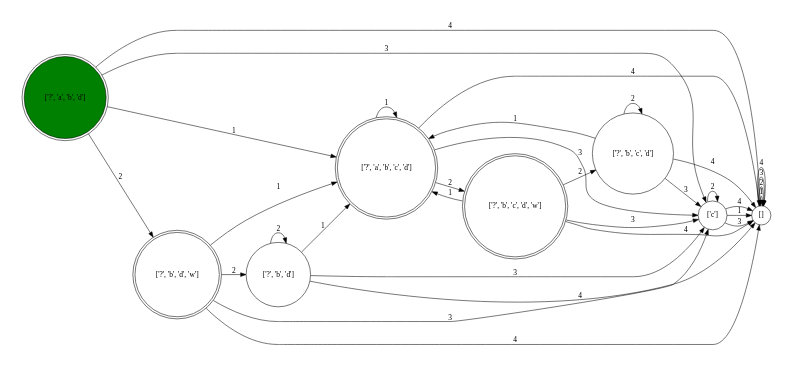
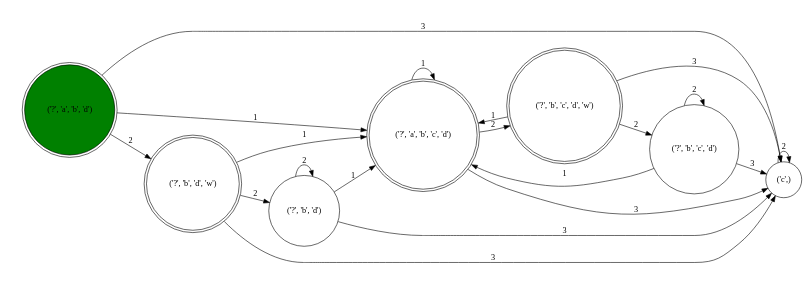
Before and after one commit to hirneagabriel/LFA-Projects: the diagram in lfa2/fsm.gv, drawn with Graphviz. The commit also changed 2 other files, not shown here.

```diff
--- a/lfa2/fsm.gv
+++ b/lfa2/fsm.gv
@@ -1,43 +1,30 @@
 digraph fnd {
 	rankdir=LR size=4
 	node [fillcolor=green shape=doublecircle style=filled]
-	"['?', 'a', 'b', 'd']"
+	"('?', 'a', 'b', 'd')"
 	node [fillcolor=white shape=doublecircle style=filled]
-	"['?', 'a', 'b', 'd']"
-	"['?', 'a', 'b', 'c', 'd']"
-	"['?', 'b', 'd', 'w']"
-	"['?', 'b', 'c', 'd', 'w']"
+	"('?', 'a', 'b', 'd')"
+	"('?', 'a', 'b', 'c', 'd')"
+	"('?', 'b', 'd', 'w')"
+	"('?', 'b', 'c', 'd', 'w')"
 	node [fillcolor=white shape=circle style=filled]
-	"['?', 'a', 'b', 'd']" -> "['?', 'a', 'b', 'c', 'd']" [label=1]
-	"['?', 'a', 'b', 'd']" -> "['?', 'b', 'd', 'w']" [label=2]
-	"['?', 'a', 'b', 'd']" -> "['c']" [label=3]
-	"['?', 'a', 'b', 'd']" -> "[]" [label=4]
-	"['?', 'a', 'b', 'c', 'd']" -> "['?', 'a', 'b', 'c', 'd']" [label=1]
-	"['?', 'a', 'b', 'c', 'd']" -> "['?', 'b', 'c', 'd', 'w']" [label=2]
-	"['?', 'a', 'b', 'c', 'd']" -> "['c']" [label=3]
-	"['?', 'a', 'b', 'c', 'd']" -> "[]" [label=4]
-	"['?', 'b', 'd', 'w']" -> "['?', 'a', 'b', 'c', 'd']" [label=1]
-	"['?', 'b', 'd', 'w']" -> "['?', 'b', 'd']" [label=2]
-	"['?', 'b', 'd', 'w']" -> "['c']" [label=3]
-	"['?', 'b', 'd', 'w']" -> "[]" [label=4]
-	"['c']" -> "[]" [label=1]
-	"['c']" -> "['c']" [label=2]
-	"['c']" -> "[]" [label=3]
-	"['c']" -> "[]" [label=4]
-	"[]" -> "[]" [label=1]
-	"[]" -> "[]" [label=2]
-	"[]" -> "[]" [label=3]
-	"[]" -> "[]" [label=4]
-	"['?', 'b', 'c', 'd', 'w']" -> "['?', 'a', 'b', 'c', 'd']" [label=1]
-	"['?', 'b', 'c', 'd', 'w']" -> "['?', 'b', 'c', 'd']" [label=2]
-	"['?', 'b', 'c', 'd', 'w']" -> "['c']" [label=3]
-	"['?', 'b', 'c', 'd', 'w']" -> "[]" [label=4]
-	"['?', 'b', 'd']" -> "['?', 'a', 'b', 'c', 'd']" [label=1]
-	"['?', 'b', 'd']" -> "['?', 'b', 'd']" [label=2]
-	"['?', 'b', 'd']" -> "['c']" [label=3]
-	"['?', 'b', 'd']" -> "[]" [label=4]
-	"['?', 'b', 'c', 'd']" -> "['?', 'a', 'b', 'c', 'd']" [label=1]
-	"['?', 'b', 'c', 'd']" -> "['?', 'b', 'c', 'd']" [label=2]
-	"['?', 'b', 'c', 'd']" -> "['c']" [label=3]
-	"['?', 'b', 'c', 'd']" -> "[]" [label=4]
+	"('?', 'a', 'b', 'd')" -> "('?', 'a', 'b', 'c', 'd')" [label=1]
+	"('?', 'a', 'b', 'd')" -> "('?', 'b', 'd', 'w')" [label=2]
+	"('?', 'a', 'b', 'd')" -> "('c',)" [label=3]
+	"('?', 'a', 'b', 'c', 'd')" -> "('?', 'a', 'b', 'c', 'd')" [label=1]
+	"('?', 'a', 'b', 'c', 'd')" -> "('?', 'b', 'c', 'd', 'w')" [label=2]
+	"('?', 'a', 'b', 'c', 'd')" -> "('c',)" [label=3]
+	"('?', 'b', 'd', 'w')" -> "('?', 'a', 'b', 'c', 'd')" [label=1]
+	"('?', 'b', 'd', 'w')" -> "('?', 'b', 'd')" [label=2]
+	"('?', 'b', 'd', 'w')" -> "('c',)" [label=3]
+	"('c',)" -> "('c',)" [label=2]
+	"('?', 'b', 'c', 'd', 'w')" -> "('?', 'a', 'b', 'c', 'd')" [label=1]
+	"('?', 'b', 'c', 'd', 'w')" -> "('?', 'b', 'c', 'd')" [label=2]
+	"('?', 'b', 'c', 'd', 'w')" -> "('c',)" [label=3]
+	"('?', 'b', 'd')" -> "('?', 'a', 'b', 'c', 'd')" [label=1]
+	"('?', 'b', 'd')" -> "('?', 'b', 'd')" [label=2]
+	"('?', 'b', 'd')" -> "('c',)" [label=3]
+	"('?', 'b', 'c', 'd')" -> "('?', 'a', 'b', 'c', 'd')" [label=1]
+	"('?', 'b', 'c', 'd')" -> "('?', 'b', 'c', 'd')" [label=2]
+	"('?', 'b', 'c', 'd')" -> "('c',)" [label=3]
 }
```
